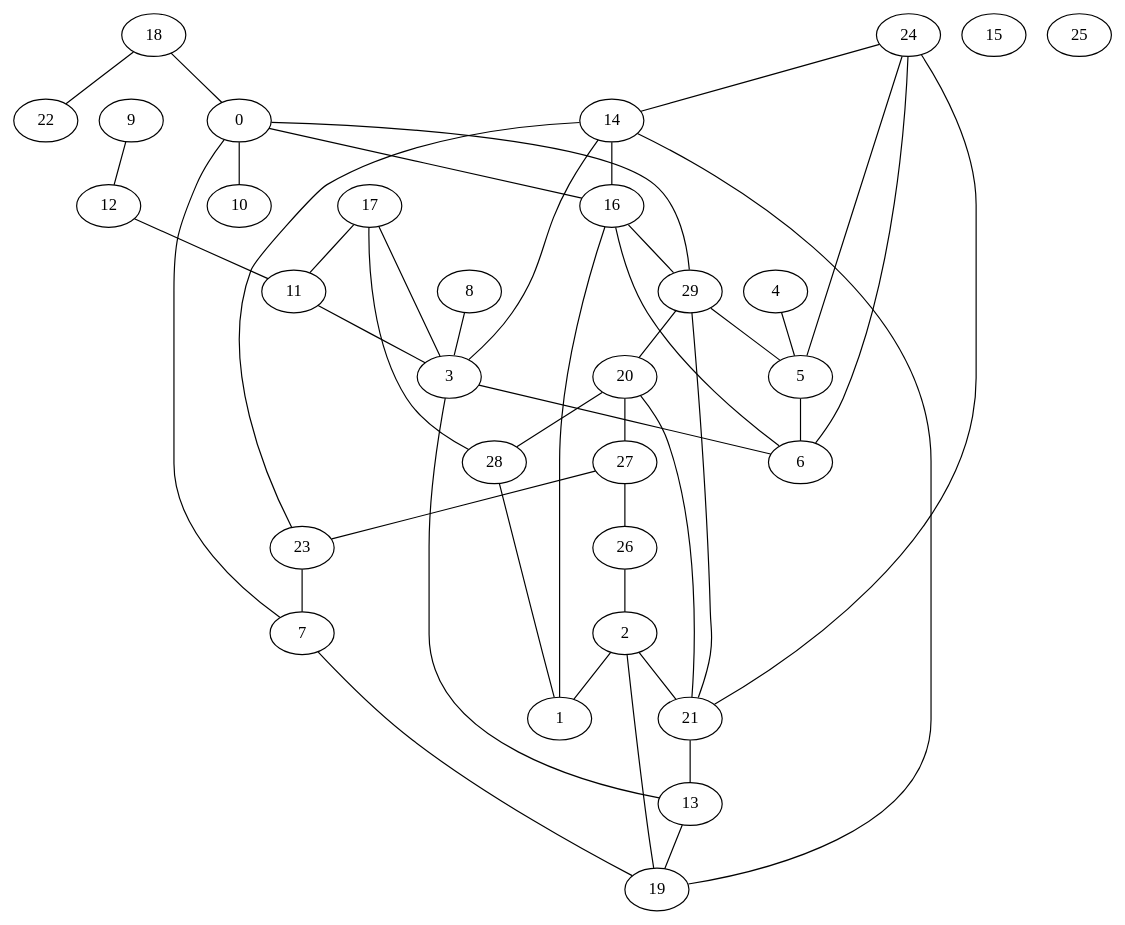
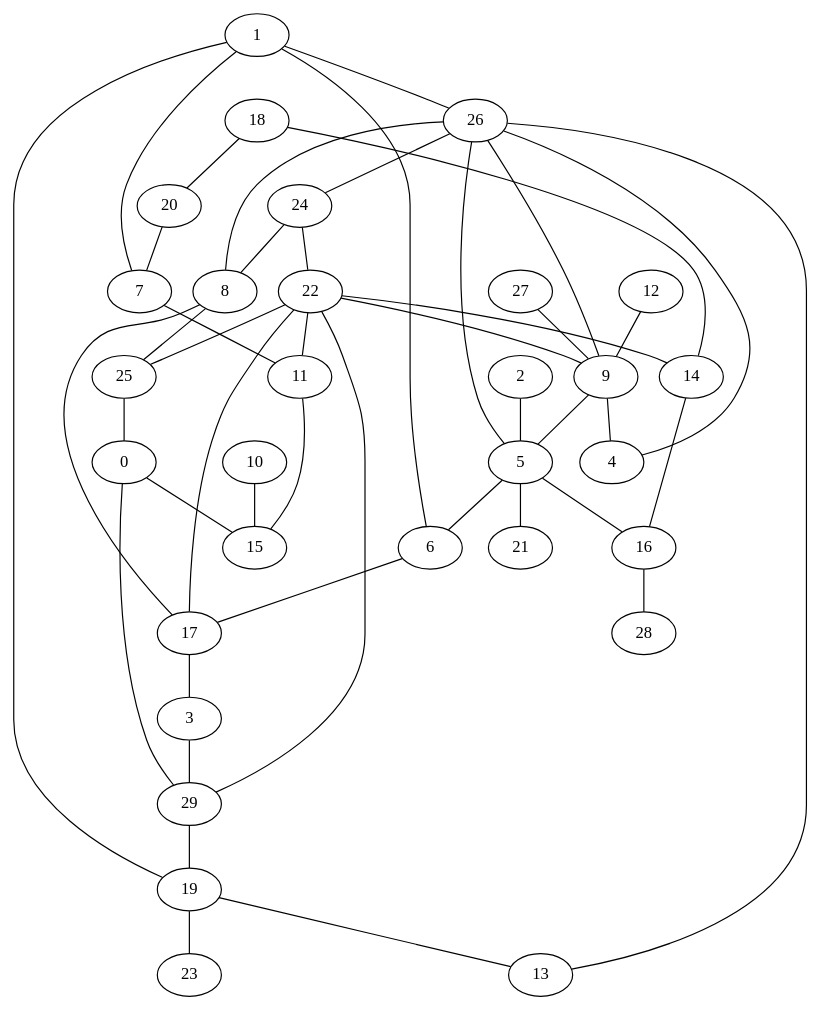
The diagram in gv/Erdos_Rengy_30x45.gv (OmarAlejandroLinares/ProyectoDAA), drawn with Graphviz before and after one commit. The commit also changed 40 other files, not shown here.

```diff
--- a/gv/Erdos_Rengy_30x45.gv
+++ b/gv/Erdos_Rengy_30x45.gv
@@ -1,77 +1,77 @@
 graph {
 	0 [label=0]
 	1 [label=1]
 	2 [label=2]
 	3 [label=3]
 	4 [label=4]
 	5 [label=5]
 	6 [label=6]
 	7 [label=7]
 	8 [label=8]
 	9 [label=9]
 	10 [label=10]
 	11 [label=11]
 	12 [label=12]
 	13 [label=13]
 	14 [label=14]
 	15 [label=15]
 	16 [label=16]
 	17 [label=17]
 	18 [label=18]
 	19 [label=19]
 	20 [label=20]
 	21 [label=21]
 	22 [label=22]
 	23 [label=23]
 	24 [label=24]
 	25 [label=25]
 	26 [label=26]
 	27 [label=27]
 	28 [label=28]
 	29 [label=29]
-	0 -- 10
-	27 -- 26
-	16 -- 29
-	3 -- 13
-	13 -- 19
-	21 -- 29
-	7 -- 0
+	10 -- 15
+	26 -- 24
+	29 -- 19
+	0 -- 15
+	5 -- 21
+	1 -- 26
+	26 -- 4
+	20 -- 7
+	22 -- 17
+	5 -- 16
+	24 -- 8
+	11 -- 15
+	22 -- 14
+	1 -- 19
+	19 -- 13
+	3 -- 29
+	1 -- 7
+	1 -- 6
+	22 -- 25
+	9 -- 4
+	12 -- 9
+	5 -- 26
+	22 -- 9
+	8 -- 17
+	8 -- 25
+	22 -- 29
 	14 -- 16
-	26 -- 2
-	29 -- 20
-	24 -- 5
-	28 -- 1
-	24 -- 14
-	6 -- 16
-	2 -- 19
-	18 -- 22
-	17 -- 28
-	20 -- 28
-	29 -- 0
-	27 -- 23
-	17 -- 11
-	14 -- 3
 	5 -- 6
+	25 -- 0
+	26 -- 8
+	26 -- 9
+	9 -- 5
+	19 -- 23
+	7 -- 11
 	17 -- 3
-	20 -- 27
-	3 -- 6
-	8 -- 3
-	18 -- 0
-	12 -- 11
-	4 -- 5
-	2 -- 21
-	0 -- 16
-	20 -- 21
-	1 -- 16
-	14 -- 23
-	29 -- 5
-	21 -- 13
-	2 -- 1
-	24 -- 21
-	23 -- 7
-	14 -- 19
-	7 -- 19
-	11 -- 3
-	9 -- 12
-	24 -- 6
+	0 -- 29
+	6 -- 17
+	2 -- 5
+	18 -- 14
+	26 -- 13
+	24 -- 22
+	16 -- 28
+	22 -- 11
+	27 -- 9
+	18 -- 20
 }
```
